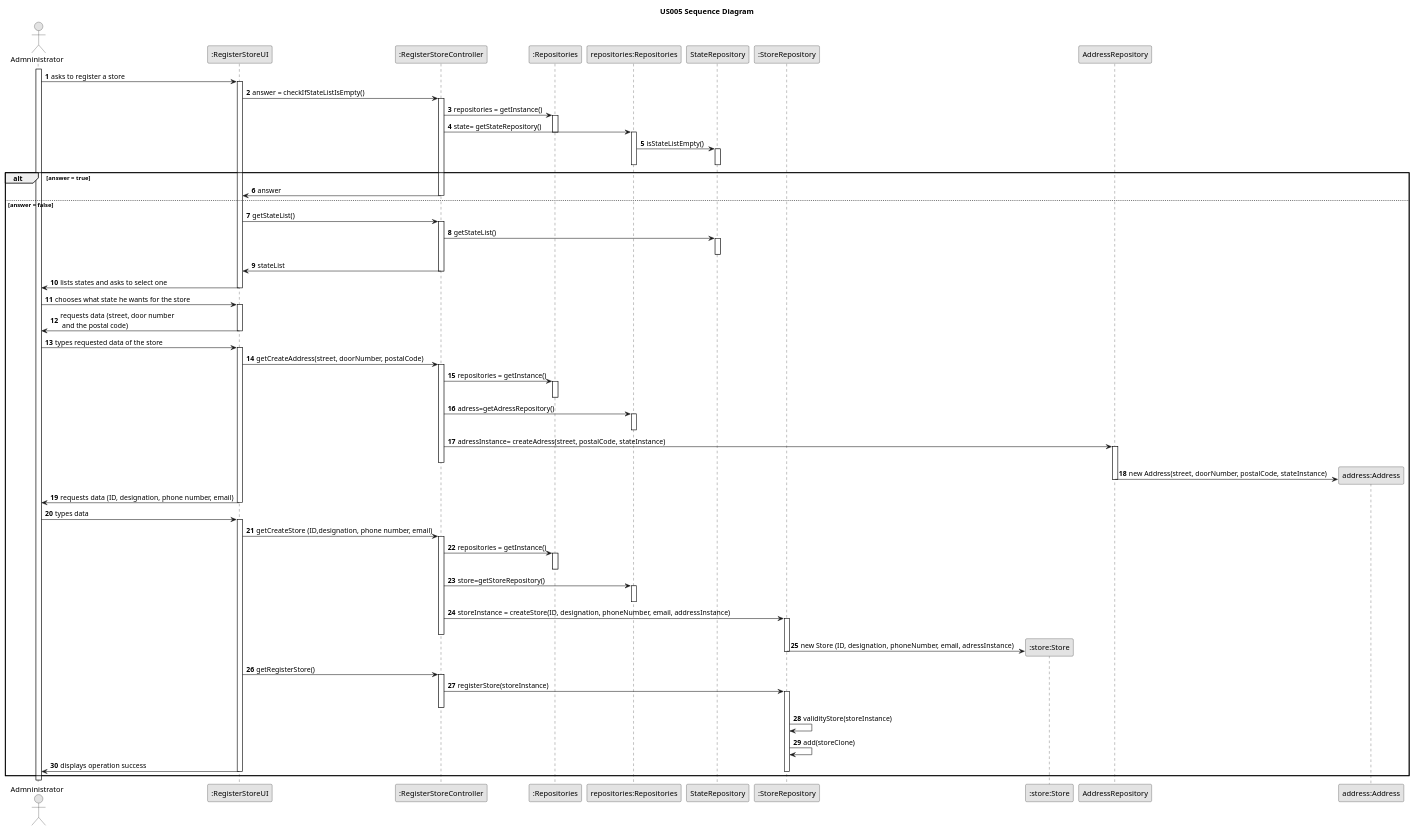
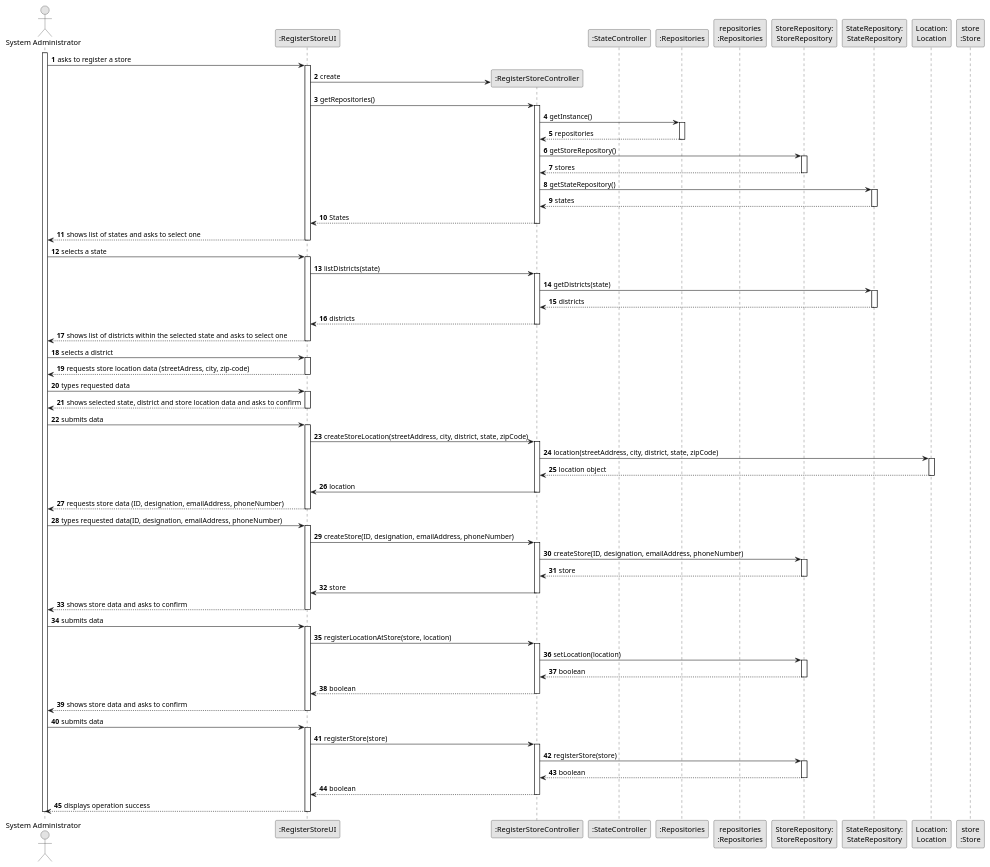
Before and after one commit to 1220812/LAPR2: the diagram in docs/sprintB/us005/03.design/puml/us005-sequence-diagram-full.puml, drawn with PlantUML. The commit also changed 2 other files, not shown here.

Commit message:
Fixed the domain model and altered the sequence diagram. Corrected the Read me.

```diff
--- a/docs/sprintB/us005/03.design/puml/us005-sequence-diagram-full.puml
+++ b/docs/sprintB/us005/03.design/puml/us005-sequence-diagram-full.puml
@@ -1,106 +1,170 @@
 @startuml
 skinparam monochrome true
 skinparam packageStyle rectangle
 skinparam shadowing false
+
 autonumber
-title US005 Sequence Diagram
-actor "Admninistrator" as ADM
 
+'hide footbox
+actor "System Administrator" as ADM
 participant ":RegisterStoreUI" as UI
-participant ":RegisterStoreController" as CTRL
-participant ":Repositories" as REP
-participant "repositories:Repositories" as rep
-participant "StateRepository" as STATEREP
-participant ":StoreRepository" as STOREREP
-participant ":store:Store" as STORE
-participant "AddressRepository" as ADRESSREP
-participant "address:Address" as ADRESS
+participant ":RegisterStoreController" as STRCTRL
+participant ":StateController" as STCTRL
+participant ":Repositories" as RepositorySingleton
+participant "repositories\n:Repositories" as PLAT
+participant "StoreRepository:\nStoreRepository" as StoreRepository
+participant "StateRepository:\nStateRepository" as StateRepository
+participant "Location:\nLocation" as Location
+'participant ":ApplicationSession" as _APP
+'participant "appSession\n:ApplicationSession" as APP
+'participant "currentSession\n:UserSession" as SESSAO
+'participant "organizationRepository:\nOrganizationRepository" as OrganizationRepository
+'participant "organization\n:Organization" as ORG
+participant "store\n:Store" as Store
 
 activate ADM
 
-ADM-> UI  : asks to register a store
-activate UI
-UI -> CTRL : answer = checkIfStateListIsEmpty()
+        ADM -> UI : asks to register a store
 
-activate CTRL
-CTRL -> REP: repositories = getInstance()
-activate REP
-CTRL-> rep : state= getStateRepository()
-deactivate REP
-activate rep
-rep -> STATEREP : isStateListEmpty()
-activate STATEREP
-deactivate STATEREP
-deactivate rep
-alt answer = true
-CTRL -> UI : answer
-deactivate CTRL
+        activate UI
 
-else answer = false
-UI-> CTRL: getStateList()
-activate CTRL
-CTRL-> STATEREP: getStateList()
-activate STATEREP
-deactivate STATEREP
+'            UI --> ADM : requests data (reference, description,  informal \n description, technical description, duration, cost)
+            'create CTRL
+            UI -> STRCTRL** : create
 
-CTRL -> UI :stateList
-deactivate CTRL
+            UI -> STRCTRL : getRepositories()
+            activate STRCTRL
 
-UI -> ADM : lists states and asks to select one
-deactivate UI
+                    STRCTRL -> RepositorySingleton : getInstance()
+                    activate RepositorySingleton
 
-ADM-> UI : chooses what state he wants for the store
-activate UI
+                    RepositorySingleton --> STRCTRL: repositories
+                    deactivate RepositorySingleton
 
-UI-> ADM : requests data (street, door number \n and the postal code)
-deactivate UI
+                    STRCTRL -> StoreRepository : getStoreRepository()
+                    activate StoreRepository
 
-ADM-> UI: types requested data of the store
-activate UI
+                    StoreRepository --> STRCTRL : stores
+                    deactivate StoreRepository
 
-UI-> CTRL: getCreateAddress(street, doorNumber, postalCode)
-activate CTRL
+                    STRCTRL -> StateRepository : getStateRepository()
+                    activate StateRepository
 
-CTRL->REP :repositories = getInstance()
-activate REP
-deactivate REP
-CTRL-> rep : adress=getAdressRepository()
-activate rep
-deactivate rep
-CTRL-> ADRESSREP : adressInstance= createAdress(street, postalCode, stateInstance)
-activate ADRESSREP
-deactivate CTRL
-ADRESSREP-> ADRESS** : new Address(street, doorNumber, postalCode, stateInstance)
-deactivate ADRESSREP
-UI-> ADM: requests data (ID, designation, phone number, email)
-deactivate ADRESSREP
-deactivate UI
-ADM->UI: types data
-activate UI
-UI -> CTRL : getCreateStore (ID,designation, phone number, email)
-activate CTRL
-CTRL->REP: repositories = getInstance()
-activate REP
-deactivate REP
-CTRL-> rep : store=getStoreRepository()
-activate rep
-deactivate rep
-CTRL-> STOREREP: storeInstance = createStore(ID, designation, phoneNumber, email, addressInstance)
-activate STOREREP
-deactivate CTRL
-STOREREP->STORE**:new Store (ID, designation, phoneNumber, email, adressInstance)
-deactivate STOREREP
-deactivate rep
-UI->CTRL : getRegisterStore()
-activate CTRL
-CTRL-> STOREREP : registerStore(storeInstance)
-activate STOREREP
-deactivate CTRL
-STOREREP->STOREREP:validityStore(storeInstance)
-STOREREP->STOREREP:add(storeClone)
-UI->ADM: displays operation success
-deactivate STOREREP
-deactivate ADRESSREP
-deactivate UI
-end alt
+                    StateRepository --> STRCTRL : states
+                    deactivate StateRepository
+
+            STRCTRL --> UI : States
+            deactivate STRCTRL
+
+            UI --> ADM : shows list of states and asks to select one
+            deactivate UI
+
+            ADM -> UI : selects a state
+            activate UI
+
+            UI -> STRCTRL : listDistricts(state)
+            activate STRCTRL
+
+                    STRCTRL -> StateRepository : getDistricts(state)
+                    activate StateRepository
+
+                    StateRepository --> STRCTRL : districts
+                    deactivate StateRepository
+
+            STRCTRL --> UI : districts
+            deactivate STRCTRL
+
+            UI --> ADM : shows list of districts within the selected state and asks to select one
+            deactivate UI
+
+            ADM -> UI : selects a district
+            activate UI
+
+            UI --> ADM : requests store location data (streetAdress, city, zip-code)
+            deactivate UI
+
+            ADM -> UI : types requested data
+            activate UI
+
+            UI --> ADM : shows selected state, district and store location data and asks to confirm
+            deactivate UI
+
+            ADM -> UI : submits data
+            activate UI
+
+                    UI -> STRCTRL :createStoreLocation(streetAddress, city, district, state, zipCode)
+                    activate STRCTRL
+
+                    STRCTRL -> Location : location(streetAddress, city, district, state, zipCode)
+                    activate Location
+
+                    Location --> STRCTRL : location object
+                    deactivate Location
+
+                    STRCTRL -> UI : location
+                    deactivate STRCTRL
+
+            UI --> ADM : requests store data (ID, designation, emailAddress, phoneNumber)
+            deactivate UI
+
+            ADM -> UI : types requested data(ID, designation, emailAddress, phoneNumber)
+            activate UI
+
+                                UI -> STRCTRL :createStore(ID, designation, emailAddress, phoneNumber)
+                                activate STRCTRL
+
+                                STRCTRL -> StoreRepository : createStore(ID, designation, emailAddress, phoneNumber)
+                                activate StoreRepository
+
+                                StoreRepository --> STRCTRL : store
+                                deactivate StoreRepository
+
+                                STRCTRL -> UI : store
+                                deactivate STRCTRL
+
+
+            UI --> ADM : shows store data and asks to confirm
+            deactivate UI
+
+            ADM -> UI : submits data
+            activate UI
+
+                UI -> STRCTRL : registerLocationAtStore(store, location)
+                activate STRCTRL
+
+                STRCTRL -> StoreRepository : setLocation(location)
+                activate StoreRepository
+
+                StoreRepository --> STRCTRL : boolean
+                deactivate StoreRepository
+
+                STRCTRL --> UI : boolean
+                deactivate STRCTRL
+
+                UI --> ADM : shows store data and asks to confirm
+                deactivate UI
+
+                ADM -> UI : submits data
+                activate UI
+
+                UI -> STRCTRL : registerStore(store)
+                activate STRCTRL
+
+
+                STRCTRL -> StoreRepository : registerStore(store)
+                activate StoreRepository
+
+                StoreRepository --> STRCTRL : boolean
+                deactivate StoreRepository
+
+                STRCTRL --> UI : boolean
+                deactivate STRCTRL
+
+                UI --> ADM : displays operation success
+                deactivate UI
+
+           deactivate UI
+
+deactivate ADM
+
 @enduml
```
